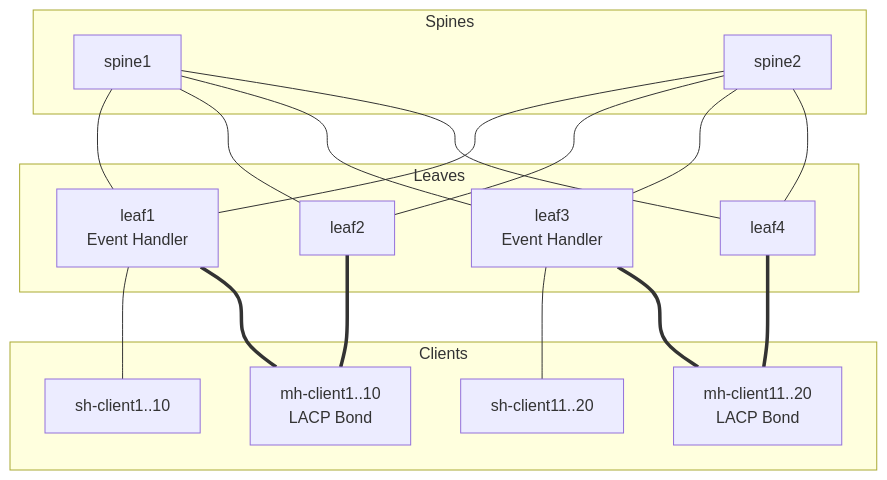
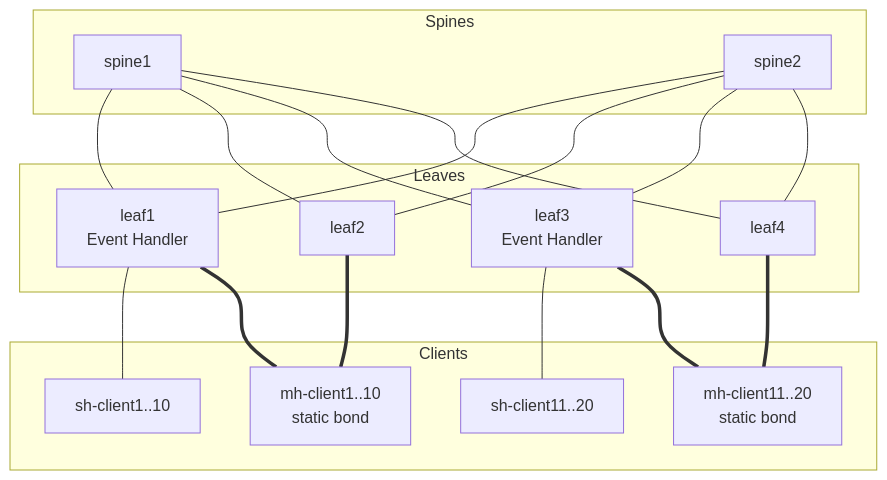
Before and after one commit to wdesmedt/srl-dyn-vlans: the diagram in README.md, drawn with Mermaid. The commit also changed other lines of this file and 7 other files, not shown here.

````diff
--- a/README.md
+++ b/README.md
@@ -13,32 +13,32 @@
 ```mermaid
 graph TD
     subgraph Spines
         spine1[spine1]
         spine2[spine2]
     end
 
     subgraph Leaves
         leaf1[leaf1 <br> Event Handler]
         leaf2[leaf2]
         leaf3[leaf3 <br> Event Handler]
         leaf4[leaf4]
     end
 
     subgraph Clients
         sh1[sh-client1..10]
         sh11[sh-client11..20]
-        mh1[mh-client1..10 <br> LACP Bond]
-        mh11[mh-client11..20 <br> LACP Bond]
+        mh1[mh-client1..10 <br> static bond]
+        mh11[mh-client11..20 <br> static bond]
     end
 
     %% Fabric Links
     spine1 --- leaf1 & leaf2 & leaf3 & leaf4
     spine2 --- leaf1 & leaf2 & leaf3 & leaf4
 
     %% Client Links
     leaf1 --- sh1
     leaf3 --- sh11
     
     leaf1 & leaf2 === mh1
     leaf3 & leaf4 === mh11
 ```
````
